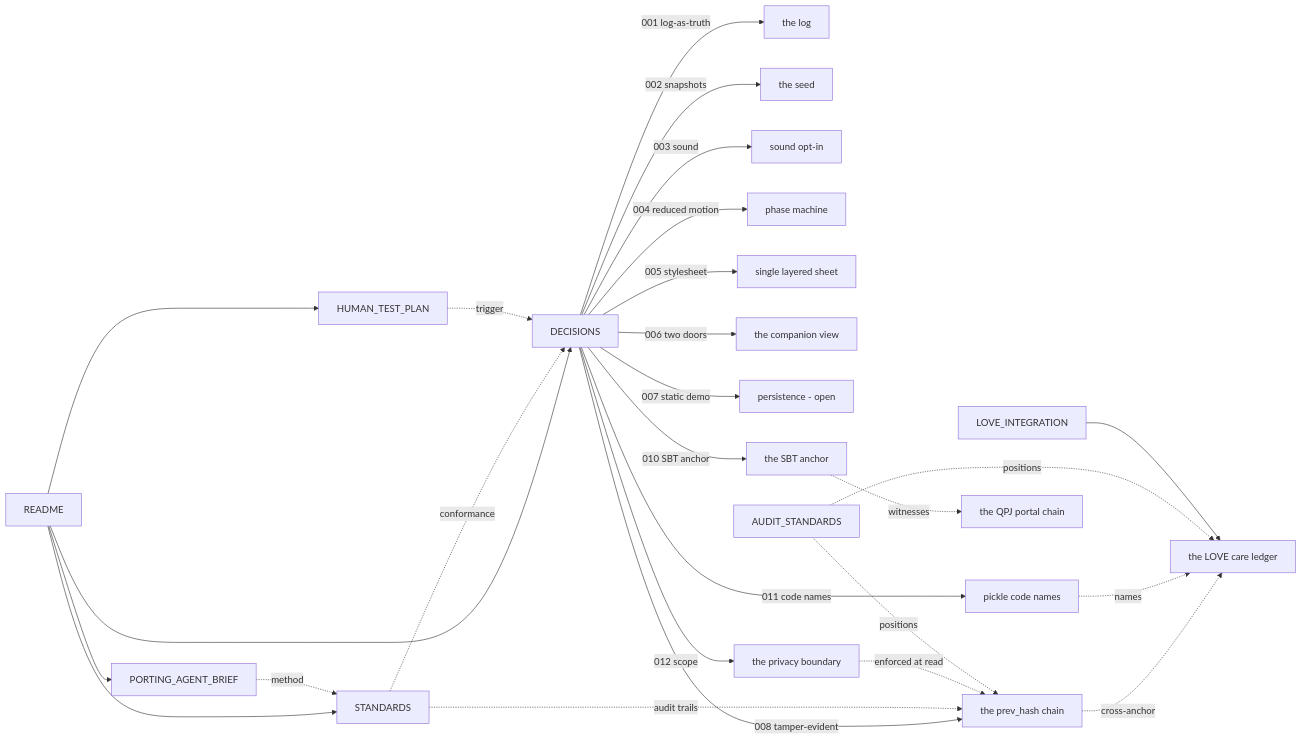
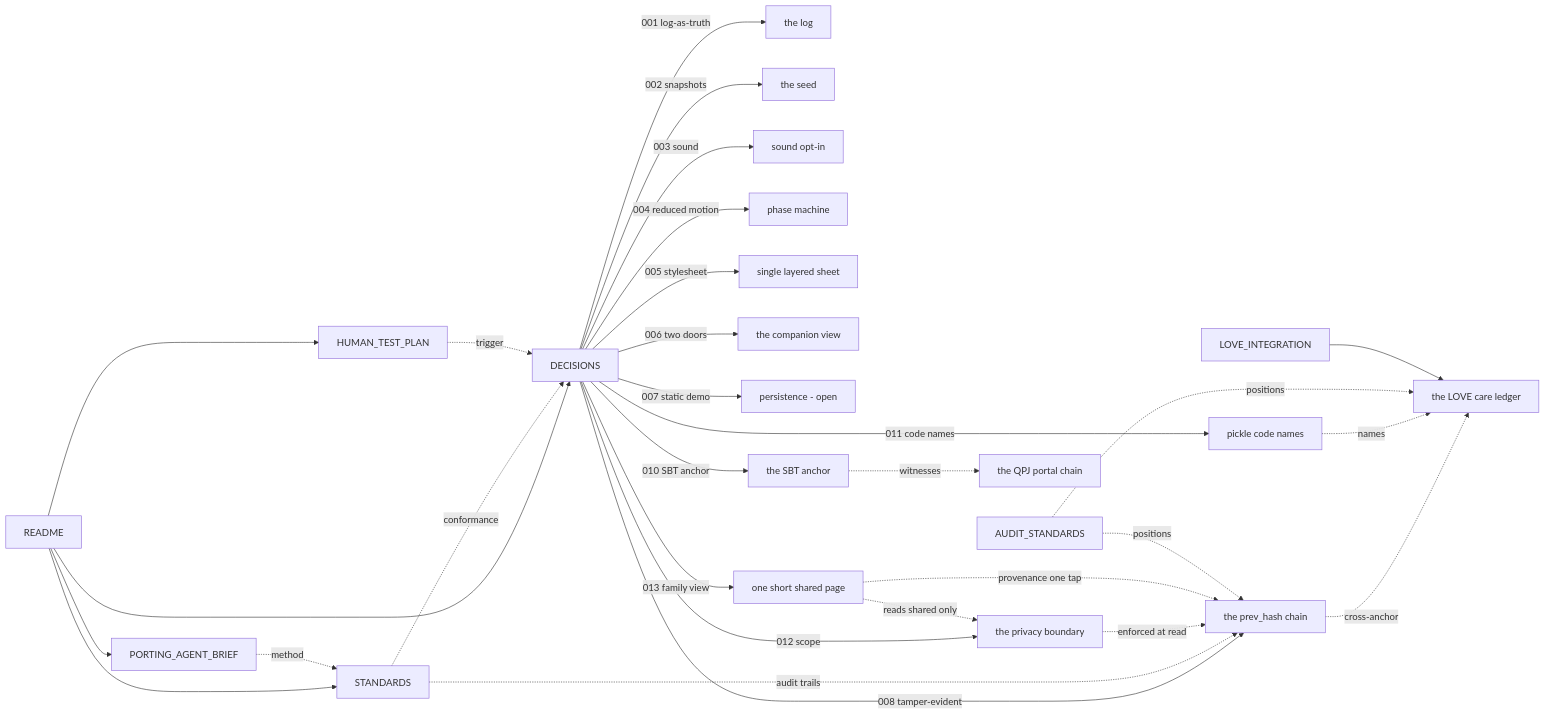
The diagram in apps/loom/docs/MAP.md (p31labs/P31-local-workspace), drawn with Mermaid before and after one commit. The commit also changed other lines of this file and 10 other files, not shown here.

First line of the commit message:
feat(loom): the family view — one short page the household reads together

````diff
--- a/apps/loom/docs/MAP.md
+++ b/apps/loom/docs/MAP.md
@@ -23,31 +23,34 @@
 ```mermaid
 graph LR
   README[README] --> STANDARDS
   README --> DECISIONS
   README --> HUMAN_TEST_PLAN
   README --> PORTING_AGENT_BRIEF
 
   STANDARDS -.conformance.-> DECISIONS
   HUMAN_TEST_PLAN -.trigger.-> DECISIONS
   PORTING_AGENT_BRIEF -.method.-> STANDARDS
 
   DECISIONS --> |"001 log-as-truth"| LOG[the log]
   DECISIONS --> |"002 snapshots"| SEED[the seed]
   DECISIONS --> |"003 sound"| SOUND[sound opt-in]
   DECISIONS --> |"004 reduced motion"| MOTION[phase machine]
   DECISIONS --> |"005 stylesheet"| CSS[single layered sheet]
   DECISIONS --> |"006 two doors"| COMPANION[the companion view]
   DECISIONS --> |"007 static demo"| PERSIST[persistence - open]
   DECISIONS --> |"008 tamper-evident"| CHAIN[the prev_hash chain]
   DECISIONS --> |"010 SBT anchor"| SBTANCHOR[the SBT anchor]
   DECISIONS --> |"011 code names"| CODENAME[pickle code names]
   DECISIONS --> |"012 scope"| SCOPE[the privacy boundary]
+  DECISIONS --> |"013 family view"| FAMILY[one short shared page]
   STANDARDS -.audit trails.-> CHAIN
   CHAIN -.cross-anchor.-> LOVE[the LOVE care ledger]
   SBTANCHOR -.witnesses.-> QPJ[the QPJ portal chain]
   CODENAME -.names.-> LOVE
   SCOPE -.enforced at read.-> CHAIN
+  FAMILY -.reads shared only.-> SCOPE
+  FAMILY -.provenance one tap.-> CHAIN
   AUDIT[AUDIT_STANDARDS] -.positions.-> CHAIN
   AUDIT -.positions.-> LOVE
   LOVE_INTEGRATION[LOVE_INTEGRATION] --> LOVE
 ```
````
